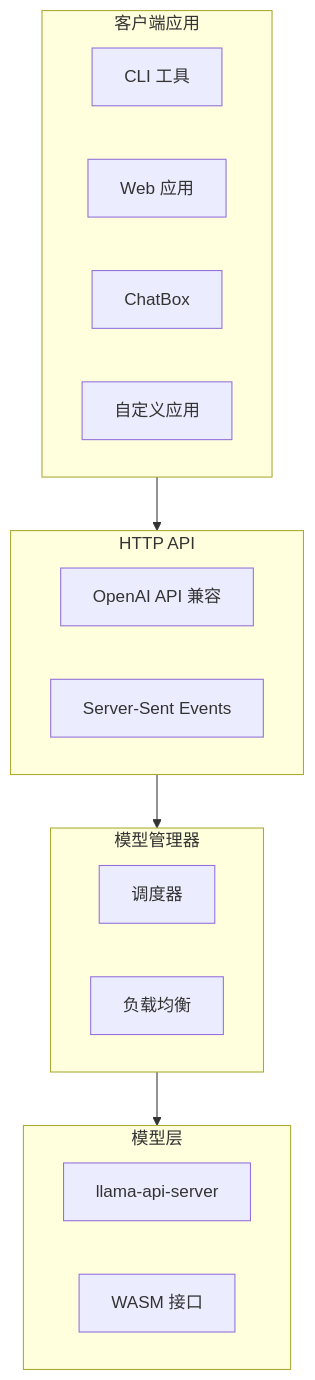
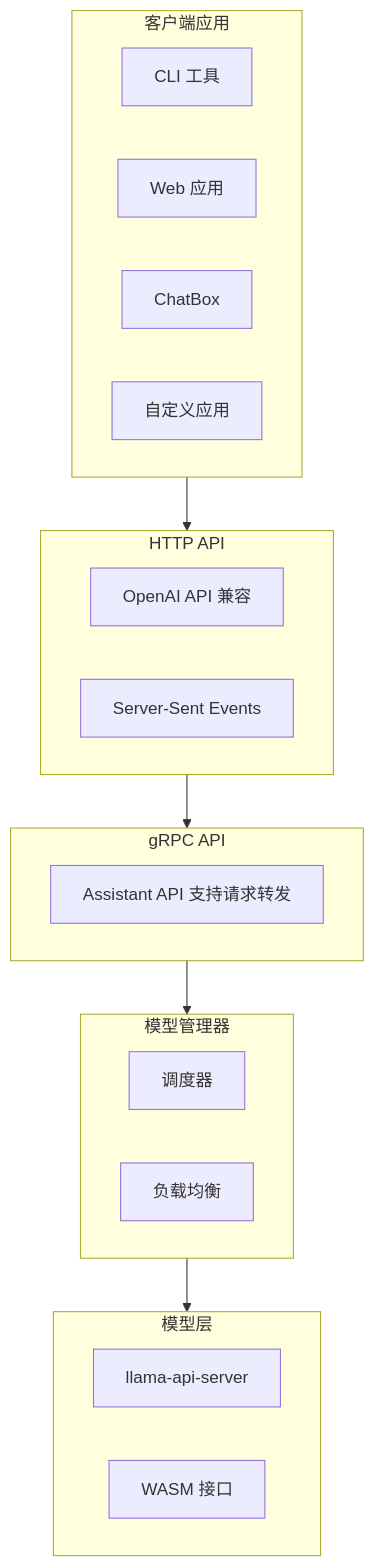
The diagram in README_CN.md (jokemanfire/assistant), drawn with Mermaid before and after one commit. The commit also changed 1 other file, not shown here.

````diff
--- a/README_CN.md
+++ b/README_CN.md
@@ -7,28 +7,33 @@
 ```mermaid
 flowchart TD
     subgraph clients["客户端应用"]
         cli["CLI 工具"]
         web["Web 应用"]
         chatbox["ChatBox"]
         custom["自定义应用"]
     end
-    
+
     subgraph http_api["HTTP API"]
         openai["OpenAI API 兼容"]
         sse["Server-Sent Events"]
     end
-    
+
+    subgraph grpc_api["gRPC API"]
+        assistant["Assistant API 支持请求转发"]
+    end
+
     subgraph manager["模型管理器"]
         scheduler["调度器"]
         load_balance["负载均衡"]
     end
     
     subgraph models["模型层"]
         llama["llama-api-server"]
         wasm["WASM 接口"]
     end
     
     clients --> http_api
-    http_api --> manager
+    http_api --> grpc_api
+    grpc_api --> manager
     manager --> models
 ```
````
